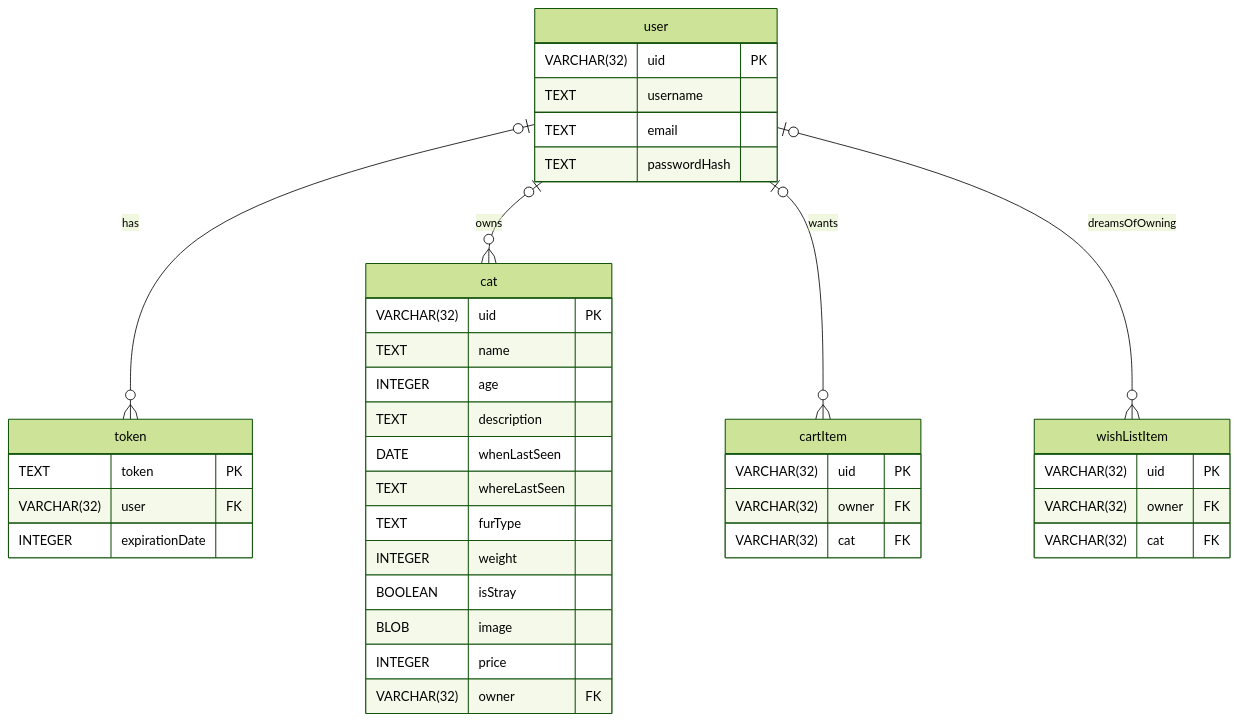
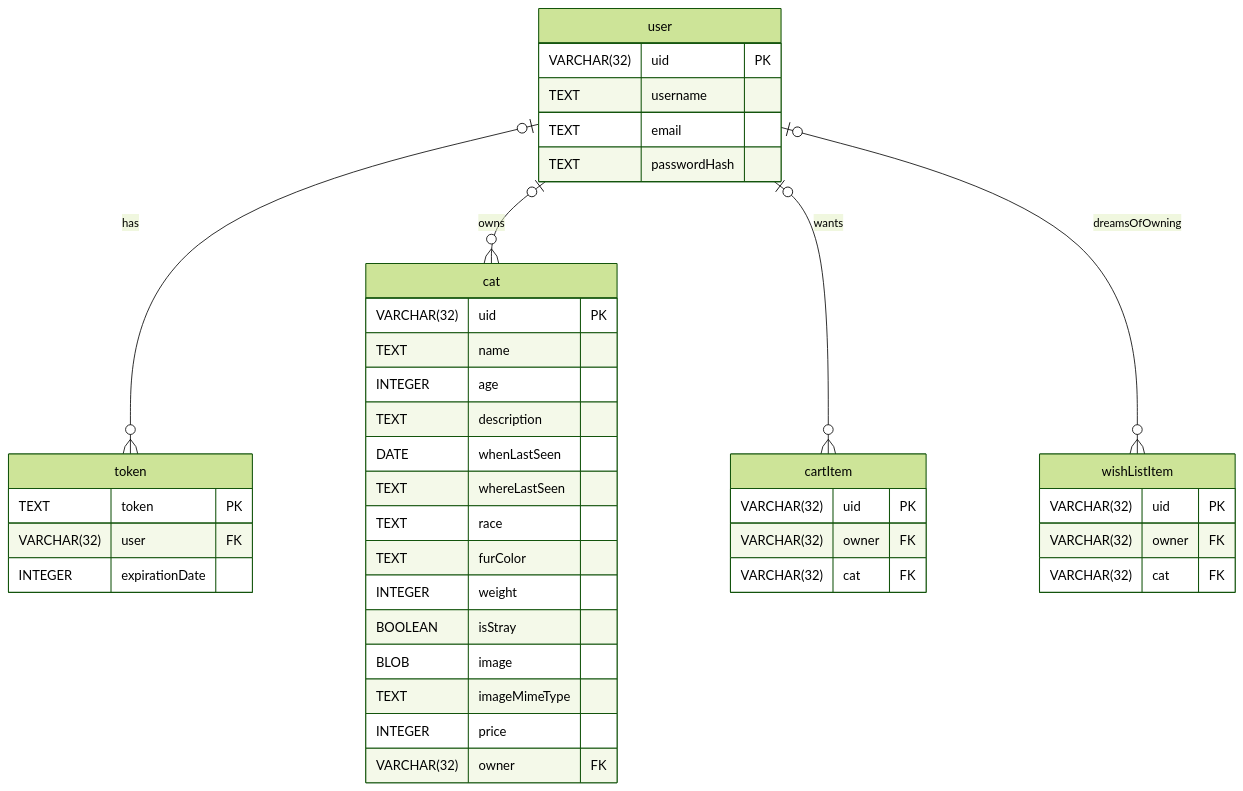
Before and after one commit to C4lopsitta/cat-docs: the diagram in Writerside/topics/cat-php-api_openapi.json/Database-Structure.md, drawn with Mermaid (forest theme). The commit also changed other lines of this file, not shown here.

Commit message:
Update Database-Structure.md
Add image mime type and race to database structure﻿

````diff
--- a/Writerside/topics/cat-php-api_openapi.json/Database-Structure.md
+++ b/Writerside/topics/cat-php-api_openapi.json/Database-Structure.md
@@ -4,49 +4,51 @@
 ```mermaid
 erDiagram
 
     user {
         VARCHAR(32) uid PK
         TEXT username
         TEXT email
         TEXT passwordHash
         %% check in future if OPT should be added %%
     }
     
     token {
         TEXT token PK
         VARCHAR(32) user FK
         INTEGER expirationDate
     }
         
     cat {
         VARCHAR(32) uid PK
         TEXT name
         INTEGER age
         TEXT description
         DATE whenLastSeen
         TEXT whereLastSeen
-        TEXT furType
+        TEXT race
+        TEXT furColor
         INTEGER weight
         BOOLEAN isStray
         BLOB image
+        TEXT imageMimeType
         INTEGER price
         VARCHAR(32) owner FK
     }
     
     cartItem {
         VARCHAR(32) uid PK
         VARCHAR(32) owner FK
         VARCHAR(32) cat FK
     }
 
     wishListItem {
         VARCHAR(32) uid PK
         VARCHAR(32) owner FK
         VARCHAR(32) cat FK
     }
     
     user |o--o{ token : has
     user |o--o{ cat : owns
     user |o--o{ cartItem : wants
     user |o--o{ wishListItem : dreamsOfOwning
 ```
````
